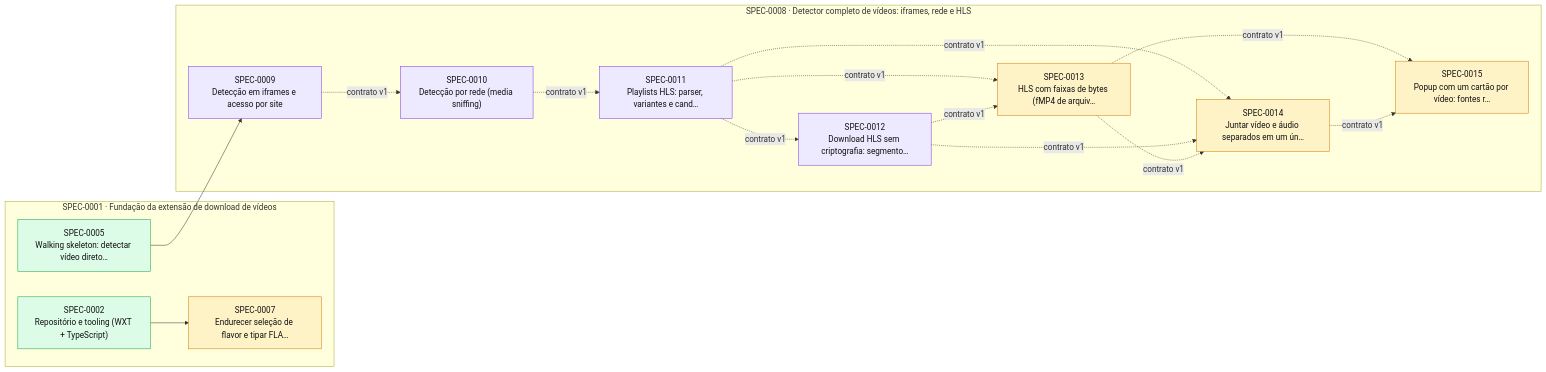
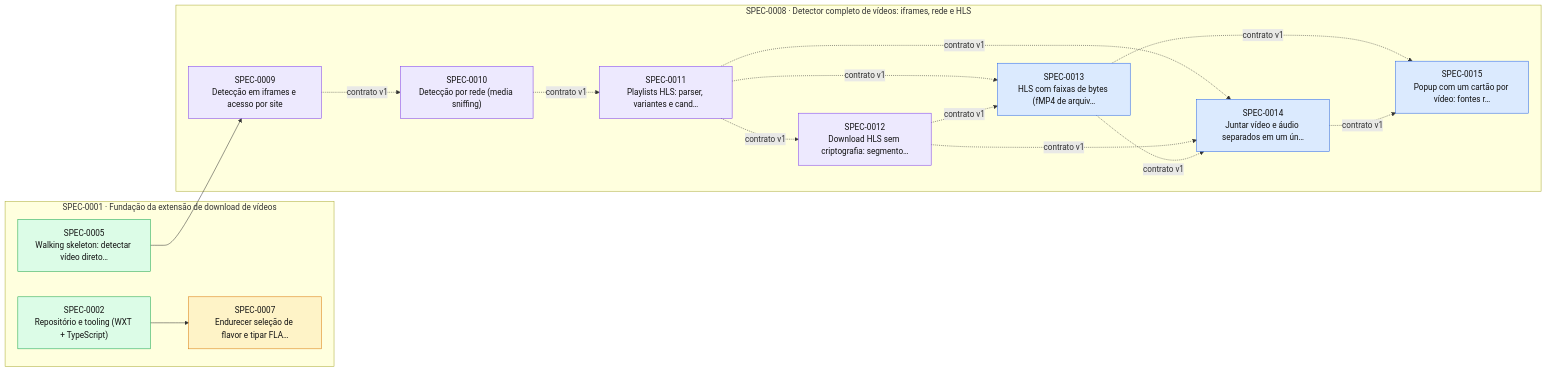
Before and after one commit to thomasravache/video-downloader: the diagram in docs/specs/INDEX.md, drawn with Mermaid. The commit also changed other lines of this file and 3 other files, not shown here.

````diff
--- a/docs/specs/INDEX.md
+++ b/docs/specs/INDEX.md
@@ -66,34 +66,34 @@
 ```mermaid
 flowchart LR
   subgraph E0001["SPEC-0001 · Fundação da extensão de download de vídeos"]
     S0002["SPEC-0002<br/>Repositório e tooling (WXT + TypeScript)"]:::implemented
     S0005["SPEC-0005<br/>Walking skeleton: detectar vídeo direto…"]:::implemented
     S0007["SPEC-0007<br/>Endurecer seleção de flavor e tipar FLA…"]:::proposed
   end
   subgraph E0008["SPEC-0008 · Detector completo de vídeos: iframes, rede e HLS"]
     S0009["SPEC-0009<br/>Detecção em iframes e acesso por site"]:::inprogress
     S0010["SPEC-0010<br/>Detecção por rede (media sniffing)"]:::inprogress
     S0011["SPEC-0011<br/>Playlists HLS: parser, variantes e cand…"]:::inprogress
     S0012["SPEC-0012<br/>Download HLS sem criptografia: segmento…"]:::inprogress
-    S0013["SPEC-0013<br/>HLS com faixas de bytes (fMP4 de arquiv…"]:::proposed
-    S0014["SPEC-0014<br/>Juntar vídeo e áudio separados em um ún…"]:::proposed
-    S0015["SPEC-0015<br/>Popup com um cartão por vídeo: fontes r…"]:::proposed
+    S0013["SPEC-0013<br/>HLS com faixas de bytes (fMP4 de arquiv…"]:::approved
+    S0014["SPEC-0014<br/>Juntar vídeo e áudio separados em um ún…"]:::approved
+    S0015["SPEC-0015<br/>Popup com um cartão por vídeo: fontes r…"]:::approved
   end
   S0002 --> S0007
   S0005 --> S0009
   S0009 -. contrato v1 .-> S0010
   S0010 -. contrato v1 .-> S0011
   S0011 -. contrato v1 .-> S0012
   S0011 -. contrato v1 .-> S0013
   S0012 -. contrato v1 .-> S0013
   S0011 -. contrato v1 .-> S0014
   S0012 -. contrato v1 .-> S0014
   S0013 -. contrato v1 .-> S0014
   S0013 -. contrato v1 .-> S0015
   S0014 -. contrato v1 .-> S0015
   classDef proposed fill:#fef3c7,stroke:#d97706,color:#111
   classDef approved fill:#dbeafe,stroke:#2563eb,color:#111
   classDef inprogress fill:#ede9fe,stroke:#7c3aed,color:#111
   classDef implemented fill:#dcfce7,stroke:#16a34a,color:#111
   classDef deprecated fill:#f3f4f6,stroke:#9ca3af,color:#6b7280
 ```
````
